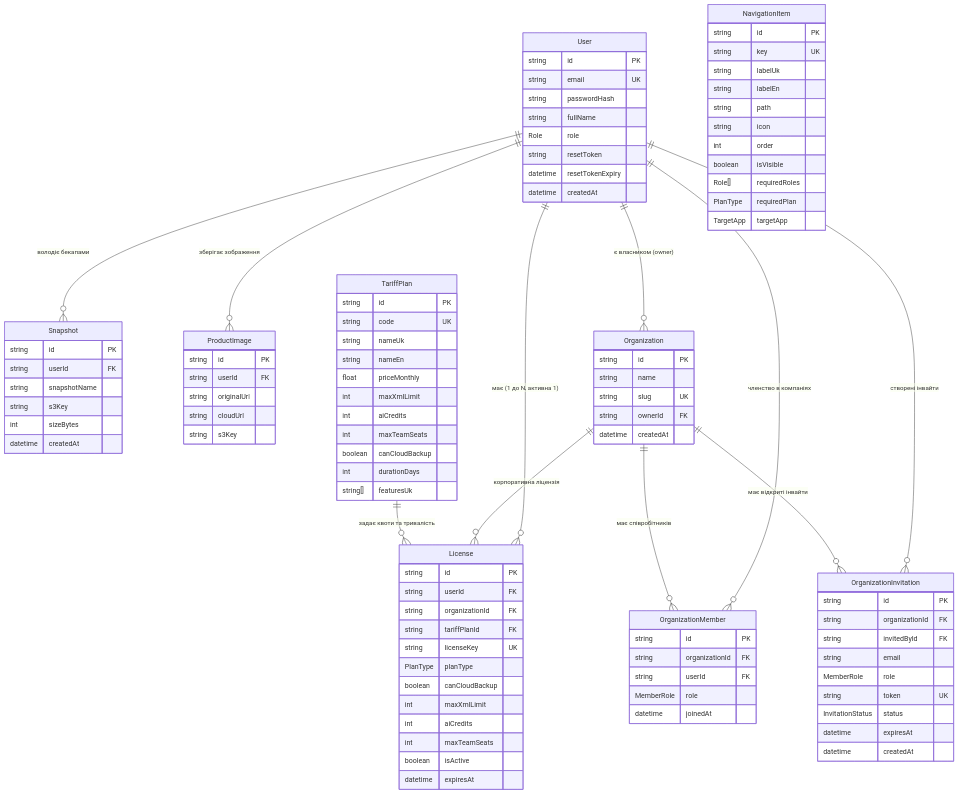
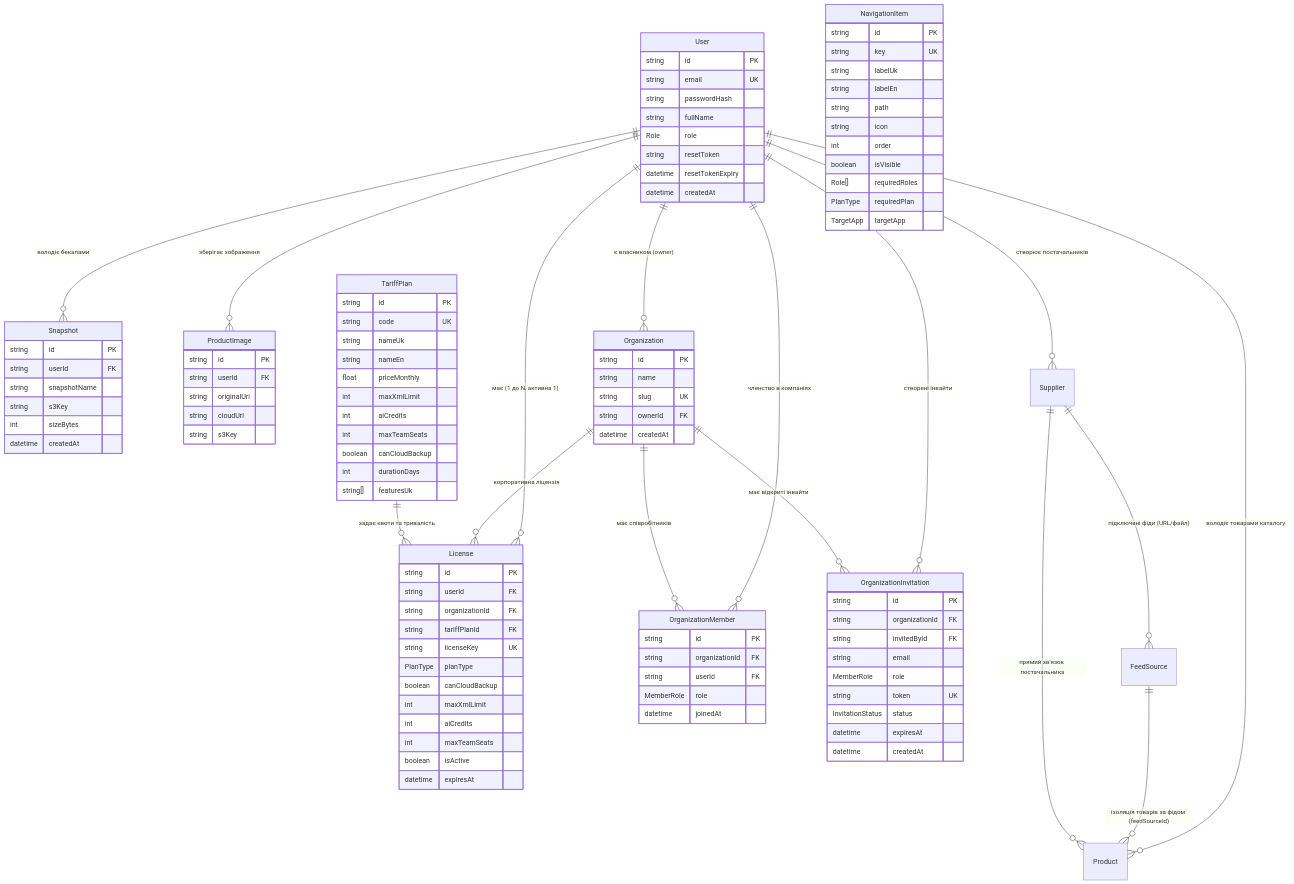
The diagram in wiki/03-database-schema/entity-relations.md (OlegFutornoi/SmartFeedStudio), drawn with Mermaid before and after one commit. The commit also changed other lines of this file and 141 other files, not shown here.

````diff
--- a/wiki/03-database-schema/entity-relations.md
+++ b/wiki/03-database-schema/entity-relations.md
@@ -115,4 +115,10 @@
         string cloudUrl
         string s3Key
     }
+
+    User ||--o{ Supplier : "створює постачальників"
+    User ||--o{ Product : "володіє товарами каталогу"
+    Supplier ||--o{ FeedSource : "підключені фіди (URL/файл)"
+    FeedSource ||--o{ Product : "ізоляція товарів за фідом (feedSourceId)"
+    Supplier ||--o{ Product : "прямий зв'язок постачальника"
 ```
````
